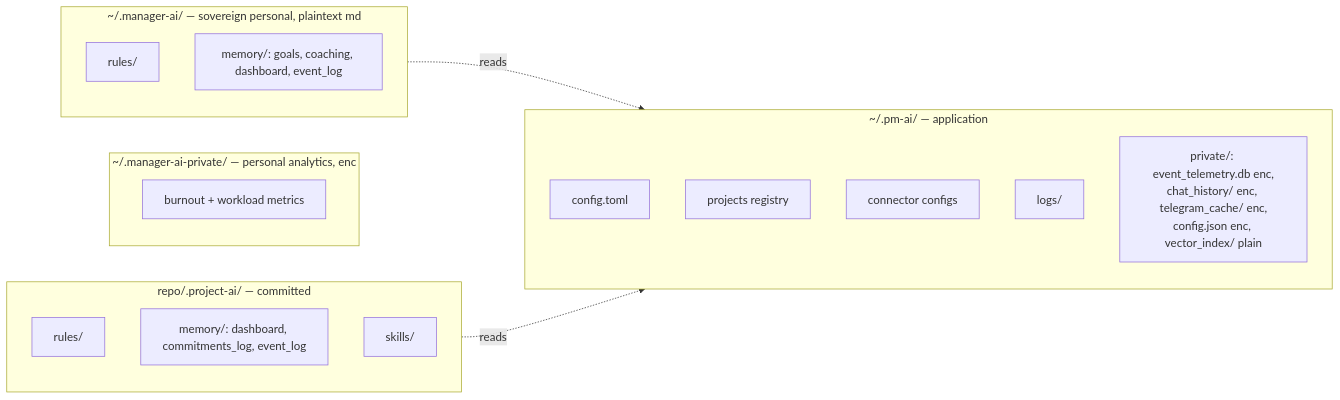
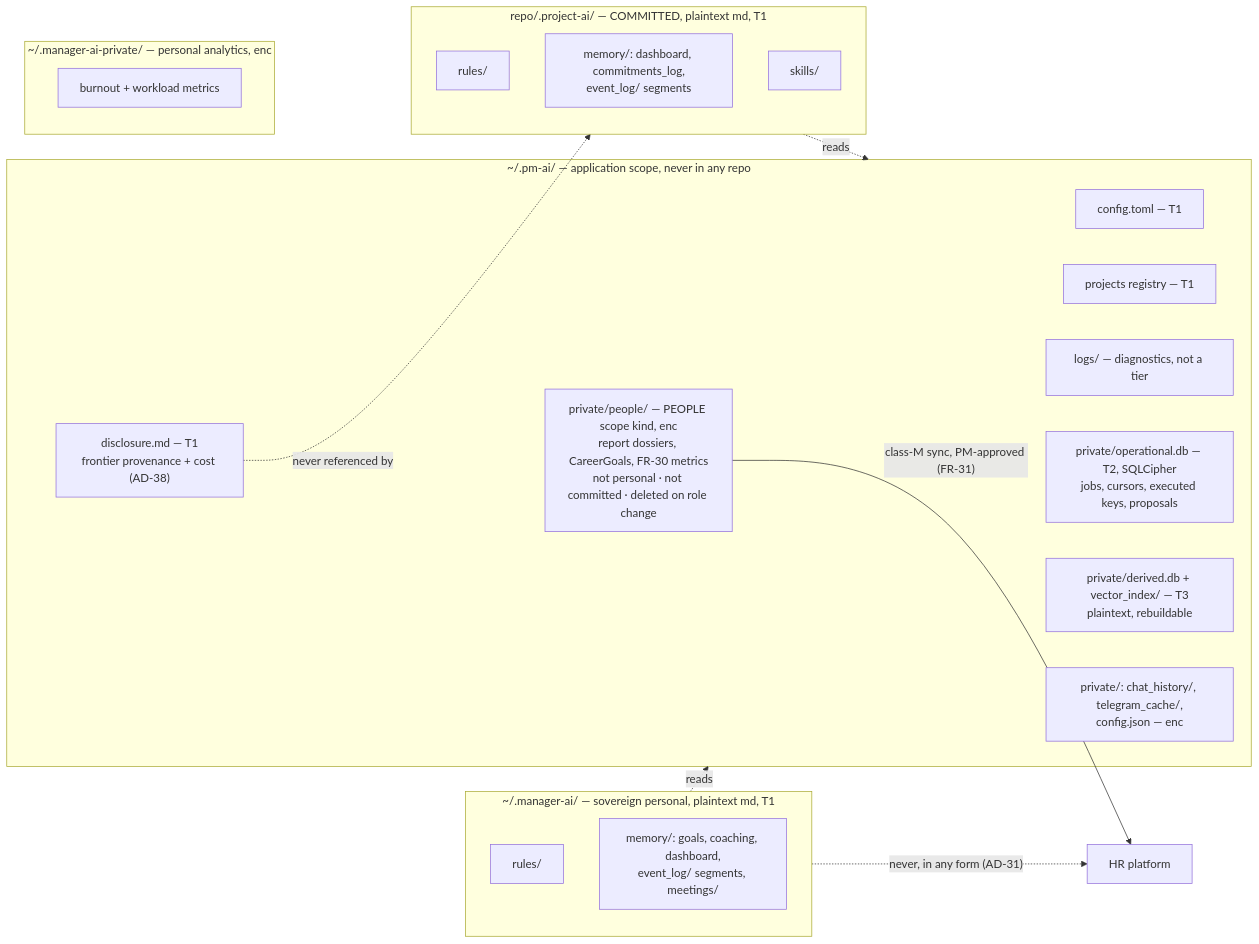
Before and after one commit to aramaniuk/pm-ai: the third of 4 diagrams in _bmad-output/planning-artifacts/architecture/architecture-pm-ai-2026-08-18/ARCHITECTURE-SPINE.md, drawn with Mermaid. The commit also changed other lines of this file and 17 other files, not shown here.

Commit message:
architecture & prd hardening

````diff
--- a/_bmad-output/planning-artifacts/architecture/architecture-pm-ai-2026-08-18/ARCHITECTURE-SPINE.md
+++ b/_bmad-output/planning-artifacts/architecture/architecture-pm-ai-2026-08-18/ARCHITECTURE-SPINE.md
@@ -509,24 +601,30 @@
 ```mermaid
 graph LR
-    subgraph APP["~/.pm-ai/ — application"]
-        A1[config.toml]
-        A2[projects registry]
-        A3[connector configs]
-        A4[logs/]
-        A5[private/: event_telemetry.db enc,<br/>chat_history/ enc, telegram_cache/ enc,<br/>config.json enc, vector_index/ plain]
+    subgraph APP["~/.pm-ai/ — application scope, never in any repo"]
+        A1["config.toml — T1"]
+        A2["projects registry — T1"]
+        A3["disclosure.md — T1<br/>frontier provenance + cost (AD-38)"]
+        A4["logs/ — diagnostics, not a tier"]
+        A5["private/operational.db — T2, SQLCipher<br/>jobs, cursors, executed keys, proposals"]
+        A6["private/derived.db + vector_index/ — T3<br/>plaintext, rebuildable"]
+        A7["private/: chat_history/, telegram_cache/,<br/>config.json — enc"]
+        A8["private/people/ — PEOPLE scope kind, enc<br/>report dossiers, CareerGoals, FR-30 metrics<br/>not personal · not committed · deleted on role change"]
     end
-    subgraph PERS["~/.manager-ai/ — sovereign personal, plaintext md"]
+    subgraph PERS["~/.manager-ai/ — sovereign personal, plaintext md, T1"]
         P1[rules/]
-        P2[memory/: goals, coaching, dashboard, event_log]
+        P2["memory/: goals, coaching, dashboard,<br/>event_log/ segments, meetings/"]
     end
     subgraph PERSPRIV["~/.manager-ai-private/ — personal analytics, enc"]
         PP1[burnout + workload metrics]
     end
-    subgraph PROJ["repo/.project-ai/ — committed"]
+    subgraph PROJ["repo/.project-ai/ — COMMITTED, plaintext md, T1"]
         R1[rules/]
-        R2[memory/: dashboard, commitments_log, event_log]
+        R2["memory/: dashboard, commitments_log,<br/>event_log/ segments"]
         R3[skills/]
     end
     PERS -.reads.-> APP
     PROJ -.reads.-> APP
+    A3 -.->|"never referenced by"| PROJ
+    A8 -->|"class-M sync, PM-approved (FR-31)"| HR[HR platform]
+    PERS -.->|"never, in any form (AD-31)"| HR
 ```
````
